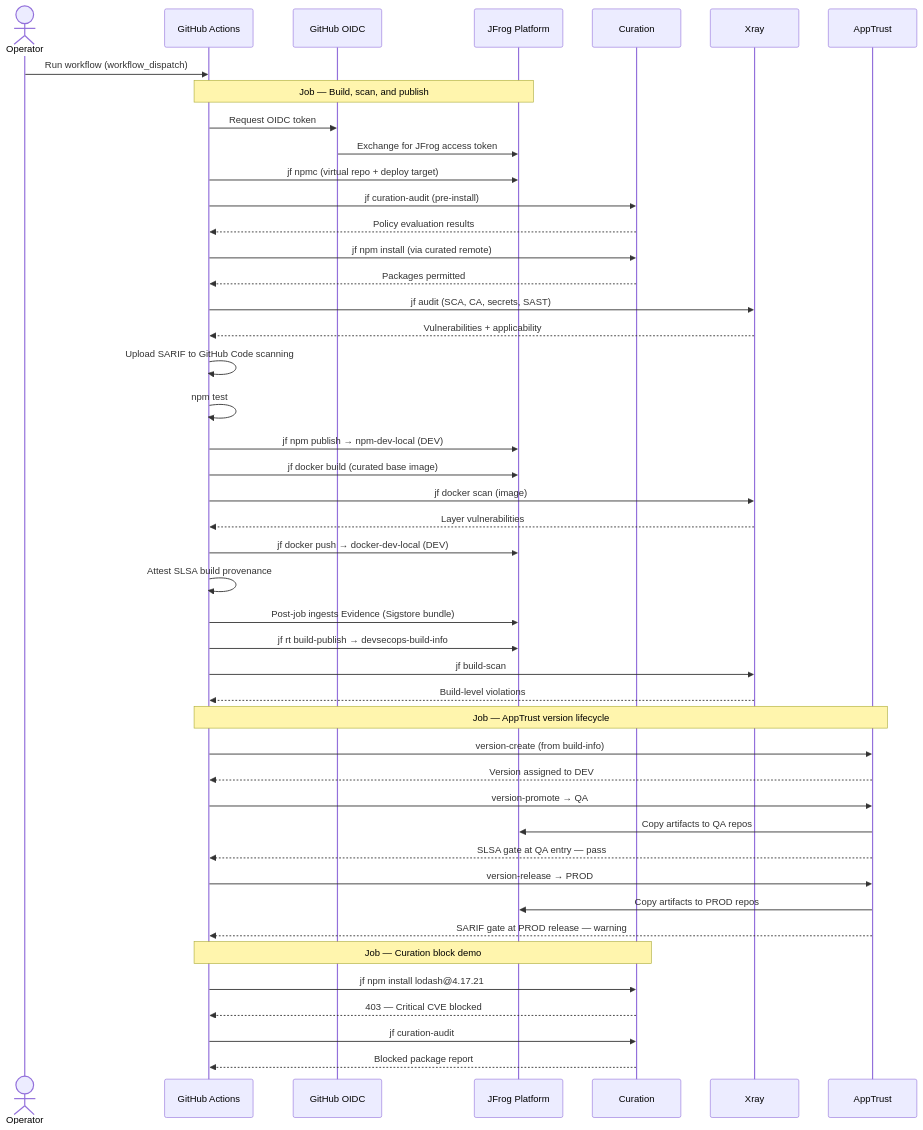
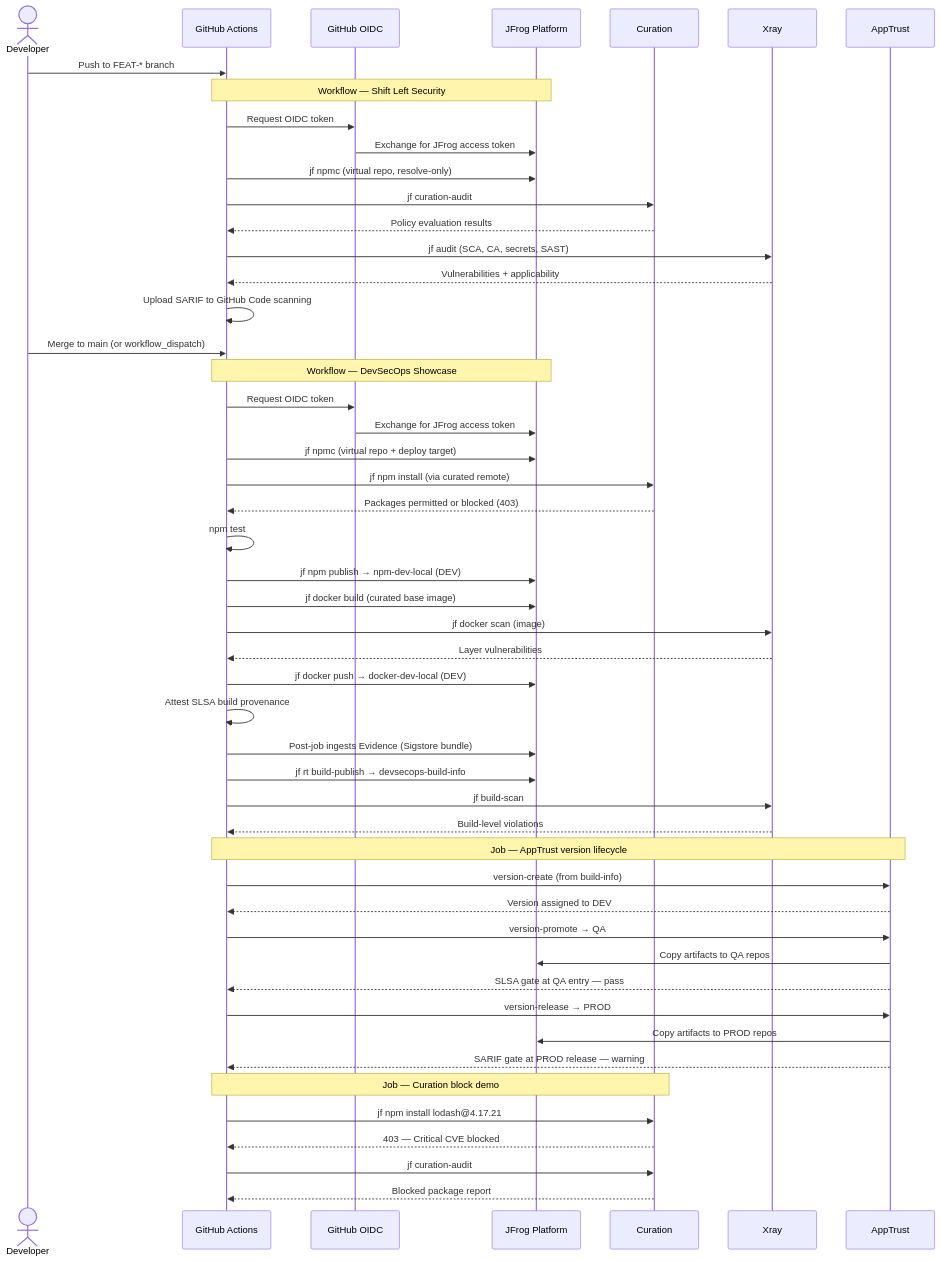
One commit to tomjfrog/jfrog-basic-implementation changed the diagram in README.md. Above: the diagram before and after it, drawn with Mermaid. The commit also changed other lines of this file and 2 other files, not shown here.

First line of the commit message:
FEAT-12345: Split shift-left security into feature-branch workflow

````diff
--- a/README.md
+++ b/README.md
@@ -87,54 +122,62 @@
 ```mermaid
 sequenceDiagram
-    actor Dev as Operator
+    actor Dev as Developer
     participant GHA as GitHub Actions
     participant OIDC as GitHub OIDC
     participant JF as JFrog Platform
     participant Cur as Curation
     participant Xray as Xray
     participant AT as AppTrust
 
-    Dev->>GHA: Run workflow (workflow_dispatch)
+    Dev->>GHA: Push to FEAT-* branch
 
-    Note over GHA,JF: Job — Build, scan, and publish
+    Note over GHA,JF: Workflow — Shift Left Security
+
+    GHA->>OIDC: Request OIDC token
+    OIDC->>JF: Exchange for JFrog access token
+    GHA->>JF: jf npmc (virtual repo, resolve-only)
+    GHA->>Cur: jf curation-audit
+    Cur-->>GHA: Policy evaluation results
+    GHA->>Xray: jf audit (SCA, CA, secrets, SAST)
+    Xray-->>GHA: Vulnerabilities + applicability
+    GHA->>GHA: Upload SARIF to GitHub Code scanning
+
+    Dev->>GHA: Merge to main (or workflow_dispatch)
+
+    Note over GHA,JF: Workflow — DevSecOps Showcase
 
     GHA->>OIDC: Request OIDC token
     OIDC->>JF: Exchange for JFrog access token
     GHA->>JF: jf npmc (virtual repo + deploy target)
-    GHA->>Cur: jf curation-audit (pre-install)
-    Cur-->>GHA: Policy evaluation results
     GHA->>Cur: jf npm install (via curated remote)
-    Cur-->>GHA: Packages permitted
-    GHA->>Xray: jf audit (SCA, CA, secrets, SAST)
-    Xray-->>GHA: Vulnerabilities + applicability
-    GHA->>GHA: Upload SARIF to GitHub Code scanning
+    Cur-->>GHA: Packages permitted or blocked (403)
     GHA->>GHA: npm test
     GHA->>JF: jf npm publish → npm-dev-local (DEV)
     GHA->>JF: jf docker build (curated base image)
     GHA->>Xray: jf docker scan (image)
     Xray-->>GHA: Layer vulnerabilities
     GHA->>JF: jf docker push → docker-dev-local (DEV)
     GHA->>GHA: Attest SLSA build provenance
     GHA->>JF: Post-job ingests Evidence (Sigstore bundle)
     GHA->>JF: jf rt build-publish → devsecops-build-info
     GHA->>Xray: jf build-scan
     Xray-->>GHA: Build-level violations
 
     Note over GHA,AT: Job — AppTrust version lifecycle
 
     GHA->>AT: version-create (from build-info)
     AT-->>GHA: Version assigned to DEV
     GHA->>AT: version-promote → QA
     AT->>JF: Copy artifacts to QA repos
     AT-->>GHA: SLSA gate at QA entry — pass
     GHA->>AT: version-release → PROD
     AT->>JF: Copy artifacts to PROD repos
     AT-->>GHA: SARIF gate at PROD release — warning
 
     Note over GHA,Cur: Job — Curation block demo
 
     GHA->>Cur: jf npm install lodash@4.17.21
     Cur-->>GHA: 403 — Critical CVE blocked
     GHA->>Cur: jf curation-audit
     Cur-->>GHA: Blocked package report
 ```
````
